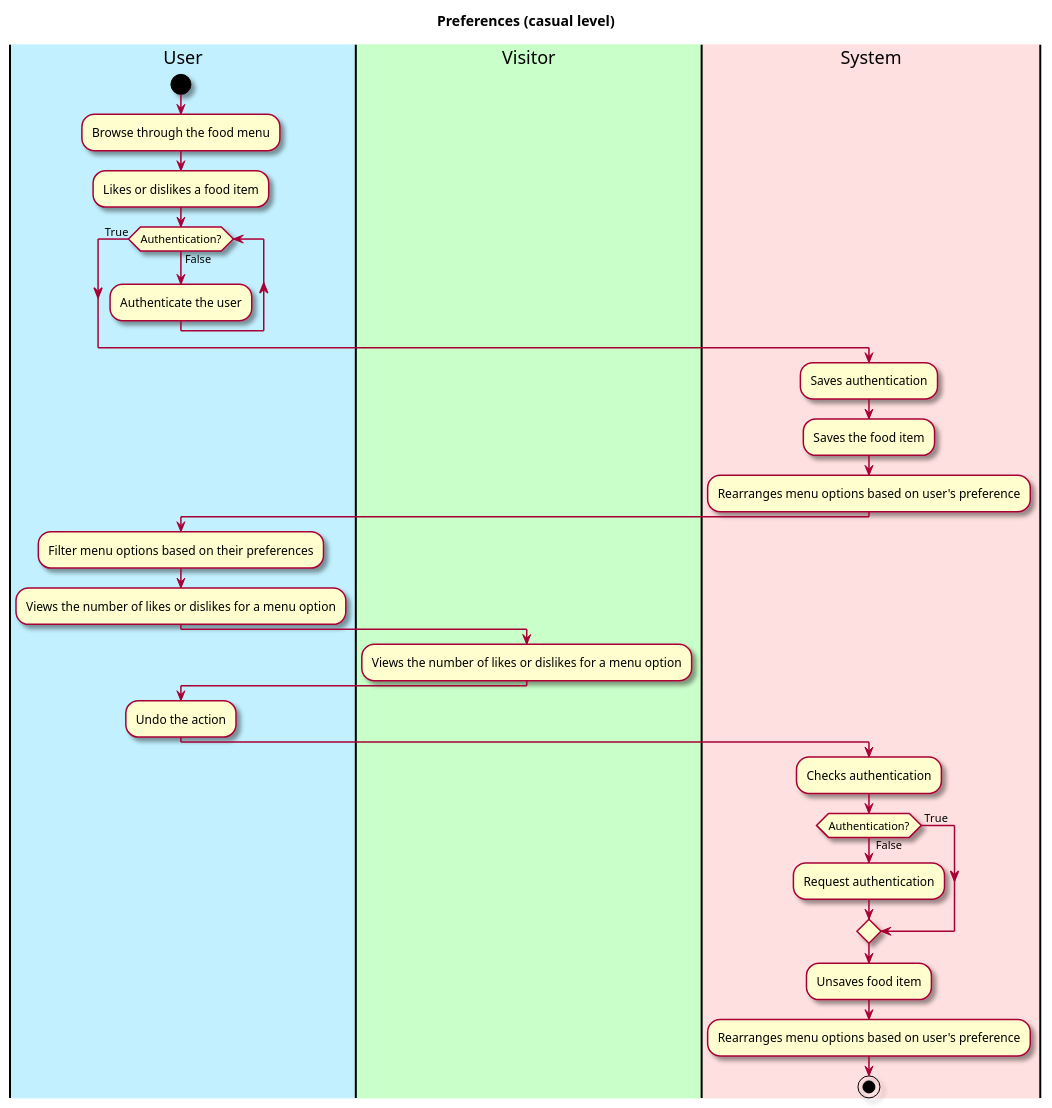
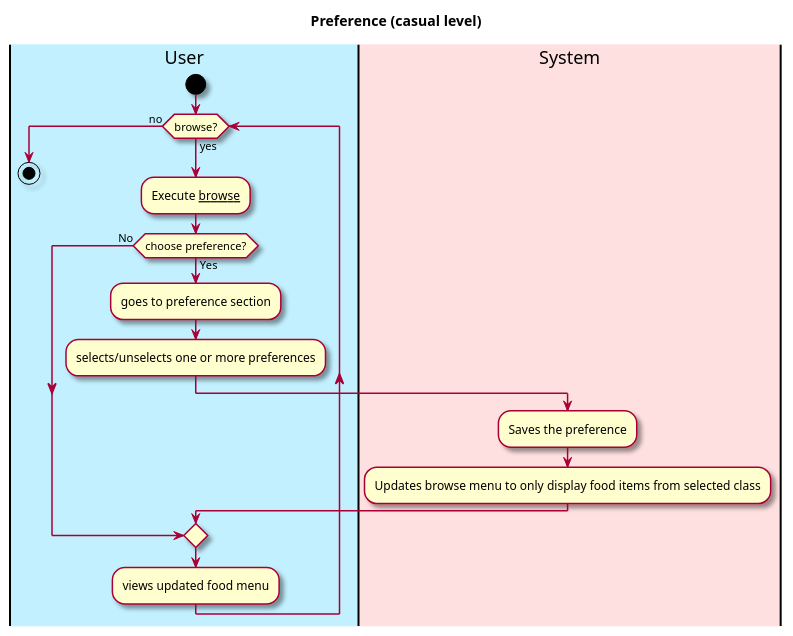
Before and after one commit to EzekielEkanem/team-1d: the diagram in intellij/doc/use-cases/use-case-preference.md, drawn with PlantUML. The commit also changed other lines of this file and 7 other files, not shown here.

Commit message:
Updated get-notifications, like-dislike, preference, and authenticate use-cases

````diff
--- a/intellij/doc/use-cases/use-case-preference.md
+++ b/intellij/doc/use-cases/use-case-preference.md
@@ -32,46 +26,37 @@
 ```plantuml
 @startuml
 
 skin rose
 
-title Preferences (casual level)
+title Preference (casual level)
 
 'define the lanes
 |#application|User|
-|#technology|Visitor|
 |#implementation|System|
 
-|User|
-start
-:Browse through the food menu;
-:Likes or dislikes a food item;
-while (Authentication?) is (False)
-  :Authenticate the user;
-endwhile (True)
-
-|System|
-:Saves authentication;
-:Saves the food item;
-:Rearranges menu options based on user's preference;
 
 |User|
-:Filter menu options based on their preferences;
-:Views the number of likes or dislikes for a menu option;
 
-|Visitor|
-:Views the number of likes or dislikes for a menu option;
+start  
 
-|User|
-:Undo the action;
+while (browse?) is (yes) 
+    :Execute __browse__;
+    if (choose preference?) is (Yes) then
+        :goes to preference section;
+        :selects/unselects one or more preferences;
+        
+        |System|
+        :Saves the preference;
+        :Updates browse menu to only display food items from selected class;
+        
+    else (No)
+    endif  
+    
+    |User|
+    :views updated food menu;
+    
+endwhile(no)
 
-|System|
-:Checks authentication;
-if (Authentication?) is  ( False ) then
-:Request authentication;
-else ( True ) 
-endif
-:Unsaves food item;
-:Rearranges menu options based on user's preference;
 stop
 @enduml
 ```
````
